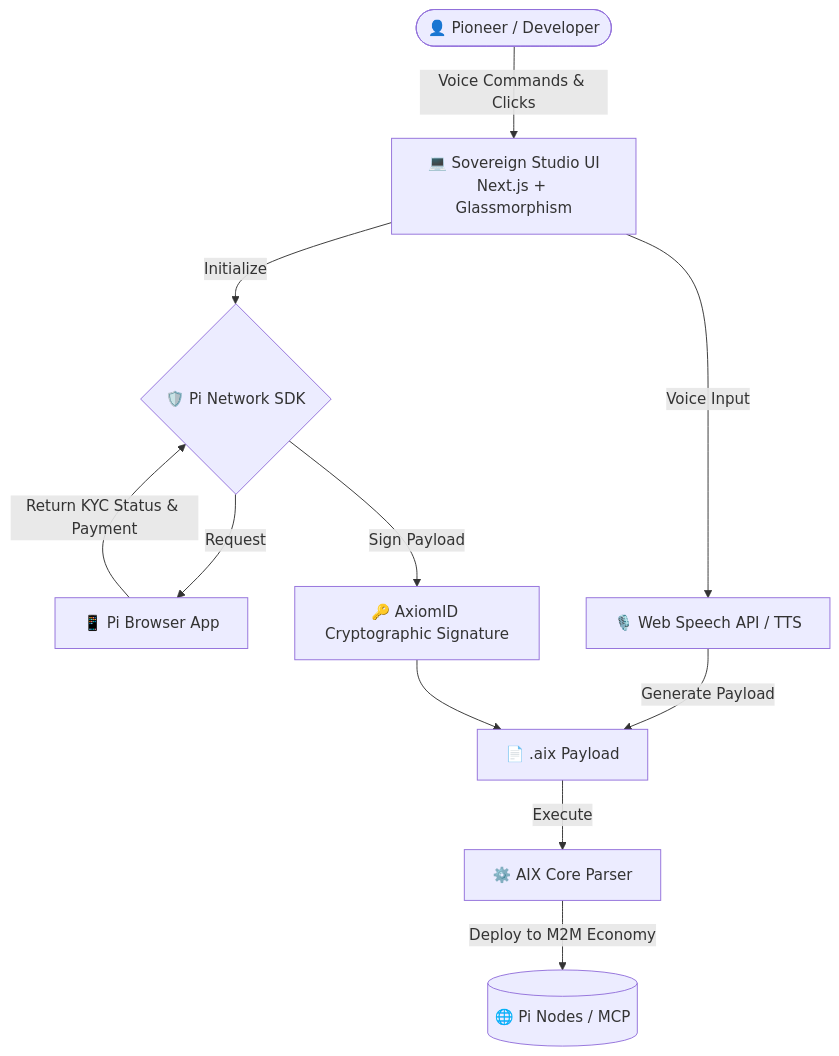
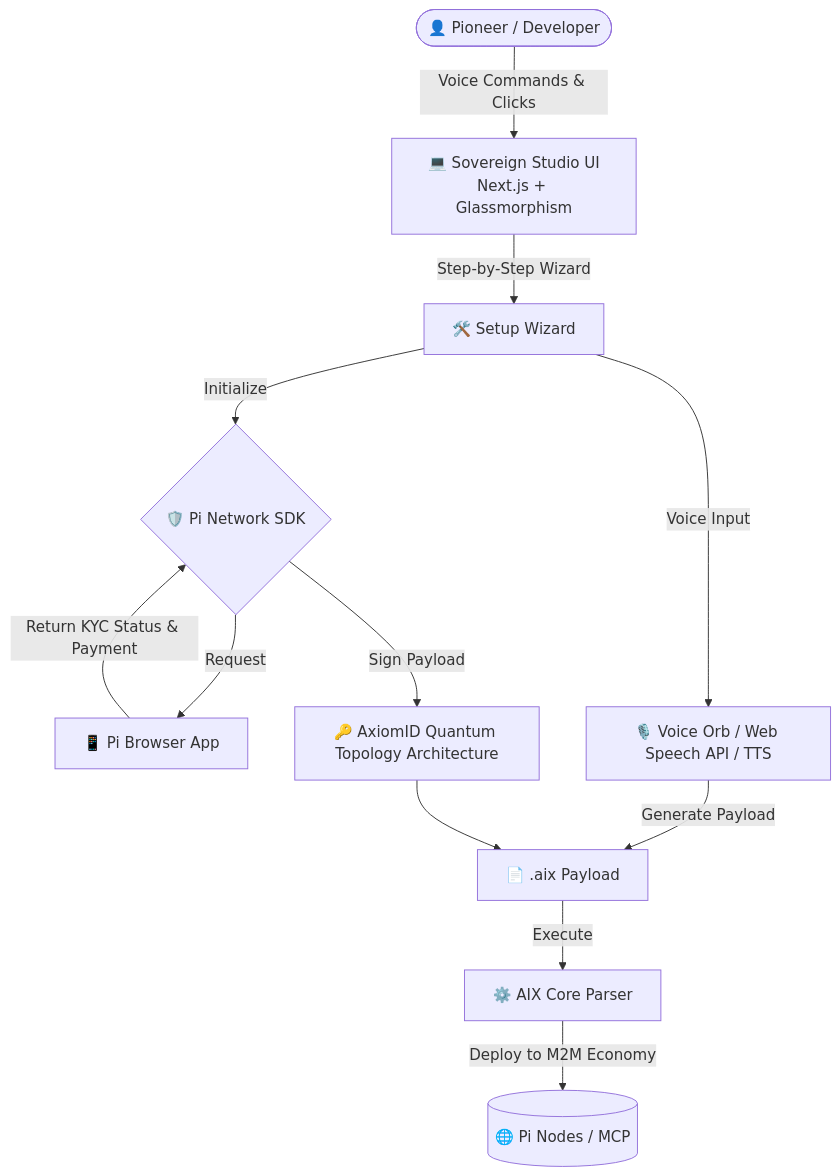
Before and after one commit to AIX-Format/aix-format: the diagram in README.md, drawn with Mermaid. The commit also changed other lines of this file and 9 other files, not shown here.

Commit message:
feat: implement AIX Studio KYC wizard, TTS, and Quantum Topology

````diff
--- a/README.md
+++ b/README.md
@@ -23,17 +23,18 @@
 ```mermaid
 graph TD
     User([👤 Pioneer / Developer]) -->|Voice Commands & Clicks| Studio[💻 Sovereign Studio UI<br/>Next.js + Glassmorphism]
 
-    Studio -->|Initialize| PiSDK{🛡️ Pi Network SDK}
+    Studio -->|Step-by-Step Wizard| Wizard[🛠️ Setup Wizard]
+    Wizard -->|Initialize| PiSDK{🛡️ Pi Network SDK}
     PiSDK -->|Request| PiApp[📱 Pi Browser App]
     PiApp -->|Return KYC Status & Payment| PiSDK
 
-    Studio -->|Voice Input| WebSpeech[🎙️ Web Speech API / TTS]
+    Wizard -->|Voice Input| WebSpeech[🎙️ Voice Orb / Web Speech API / TTS]
     WebSpeech -->|Generate Payload| AIXPayload[📄 .aix Payload]
 
-    PiSDK -->|Sign Payload| AxiomID[🔑 AxiomID Cryptographic Signature]
+    PiSDK -->|Sign Payload| AxiomID[🔑 AxiomID Quantum Topology Architecture]
     AxiomID --> AIXPayload
 
     AIXPayload -->|Execute| Core[⚙️ AIX Core Parser]
     Core -->|Deploy to M2M Economy| PiNodes[(🌐 Pi Nodes / MCP)]
 ```
````
